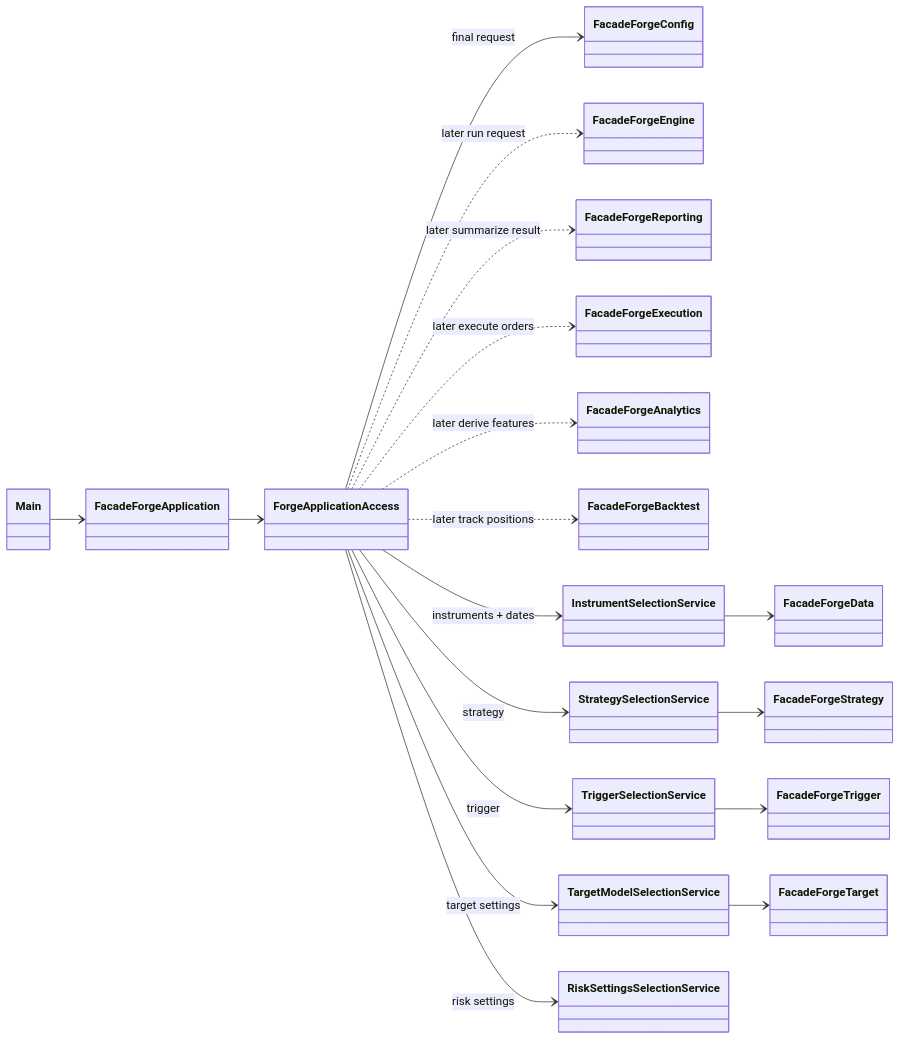
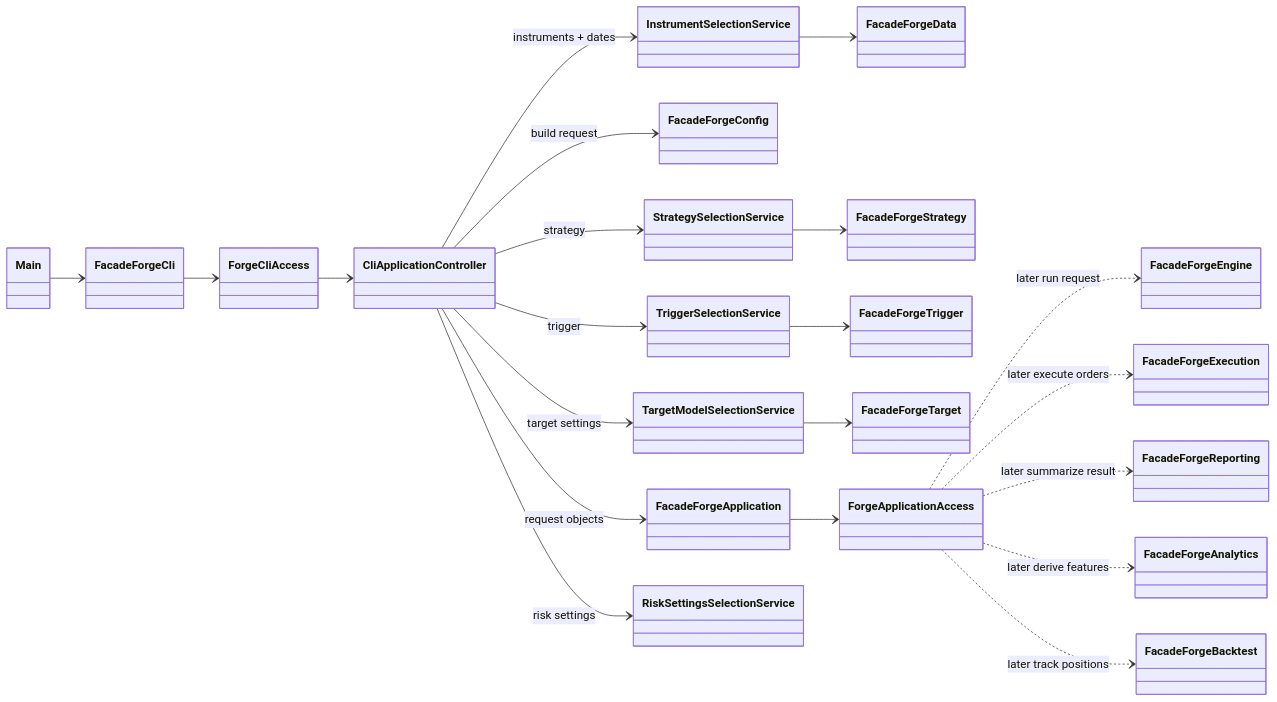
One commit to probst-paul/FORGE changed the first of 14 diagrams in class-model.md. Above: the diagram before and after it, drawn with Mermaid. The commit also changed other lines of this file and 10 other files, not shown here.

First line of the commit message:
Add CLI facade/controller and data import

````diff
--- a/class-model.md
+++ b/class-model.md
@@ -5,43 +5,49 @@
 ```mermaid
 classDiagram
     direction LR
 
     class Main
+    class FacadeForgeCli
+    class ForgeCliAccess
+    class CliApplicationController
     class FacadeForgeApplication
     class FacadeForgeConfig
     class FacadeForgeData
     class FacadeForgeStrategy
     class FacadeForgeTrigger
     class FacadeForgeTarget
     class FacadeForgeEngine
     class FacadeForgeReporting
     class FacadeForgeExecution
     class FacadeForgeAnalytics
     class FacadeForgeBacktest
     class ForgeApplicationAccess
     class InstrumentSelectionService
     class StrategySelectionService
     class TriggerSelectionService
     class TargetModelSelectionService
     class RiskSettingsSelectionService
 
-    Main --> FacadeForgeApplication
+    Main --> FacadeForgeCli
+    FacadeForgeCli --> ForgeCliAccess
+    ForgeCliAccess --> CliApplicationController
+    CliApplicationController --> FacadeForgeApplication : request objects
     FacadeForgeApplication --> ForgeApplicationAccess
-    ForgeApplicationAccess --> InstrumentSelectionService : instruments + dates
-    ForgeApplicationAccess --> StrategySelectionService : strategy
-    ForgeApplicationAccess --> RiskSettingsSelectionService : risk settings
-    ForgeApplicationAccess --> TriggerSelectionService : trigger
-    ForgeApplicationAccess --> TargetModelSelectionService : target settings
-    ForgeApplicationAccess --> FacadeForgeConfig : final request
+    CliApplicationController --> InstrumentSelectionService : instruments + dates
+    CliApplicationController --> StrategySelectionService : strategy
+    CliApplicationController --> RiskSettingsSelectionService : risk settings
+    CliApplicationController --> TriggerSelectionService : trigger
+    CliApplicationController --> TargetModelSelectionService : target settings
+    CliApplicationController --> FacadeForgeConfig : build request
 
     InstrumentSelectionService --> FacadeForgeData
     StrategySelectionService --> FacadeForgeStrategy
     TriggerSelectionService --> FacadeForgeTrigger
     TargetModelSelectionService --> FacadeForgeTarget
 
     ForgeApplicationAccess ..> FacadeForgeEngine : later run request
     ForgeApplicationAccess ..> FacadeForgeExecution : later execute orders
     ForgeApplicationAccess ..> FacadeForgeReporting : later summarize result
     ForgeApplicationAccess ..> FacadeForgeAnalytics : later derive features
     ForgeApplicationAccess ..> FacadeForgeBacktest : later track positions
 ```
````
